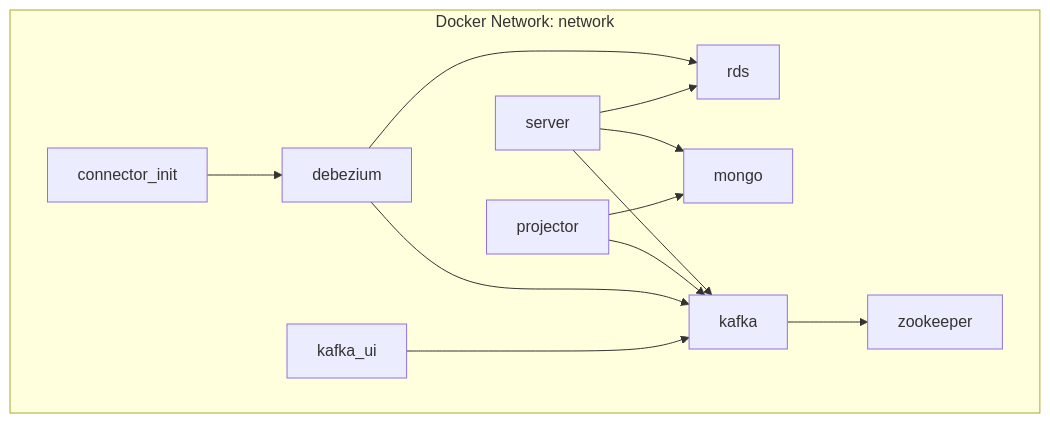
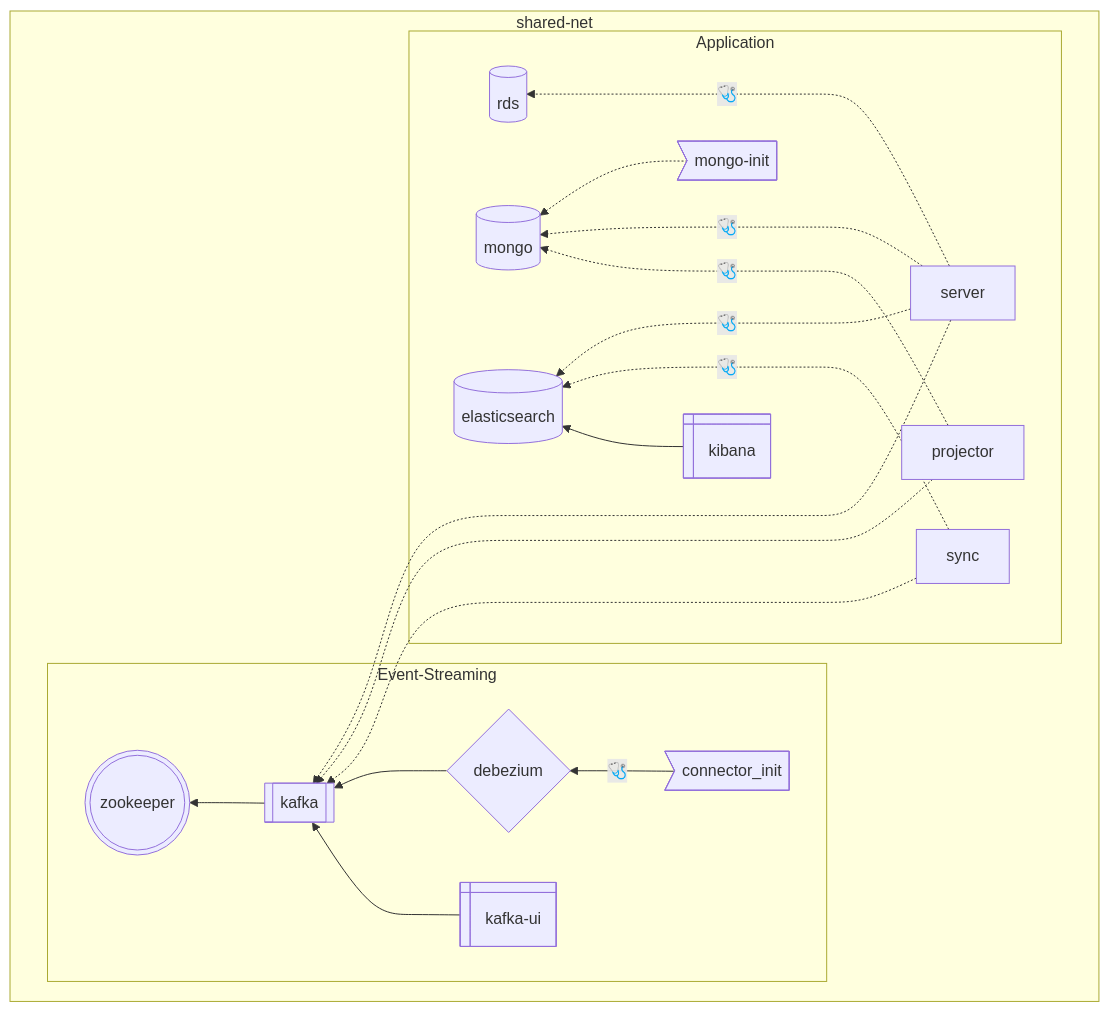
The third of 4 diagrams in README.md (NarciSource/Pre-Onboarding-Challenge-BE-31), drawn with Mermaid before and after one commit. The commit also changed other lines of this file, not shown here.

Commit message:
docs: Module Dependency Diagram 업데이트

````diff
--- a/README.md
+++ b/README.md
@@ -265,23 +264,40 @@
 ```mermaid
-graph TB
-  subgraph DockerNetwork["Docker Network: network"]
-    server
-    projector
-    rds
-    mongo
-    zookeeper
-    kafka
-    kafka_ui
-    debezium
-    connector_init
+graph
+  subgraph DockerNetwork["shared-net"]
+   direction RL
+
+   subgraph Event-Streaming
+    zookeeper@{ shape: dbl-circ }
+    kafka@{ shape: fr-rect }
+    kafka-ui@{ shape: win-pane }
+    debezium@{ shape: diamond }
+    connector_init@{ shape: odd }
+   end
+
+   subgraph Application
+    server@{ shape: rect }
+    projector@{ shape: rect }
+    sync@{ shape: rect }
+
+    rds@{ shape: cyl }
+    mongo@{ shape: cyl }
+    mongo-init@{ shape: odd }
+    elasticsearch@{ shape: cyl }
+    kibana@{ shape: win-pane }
+   end
   end
 
   %% depends_on 관계
-  connector_init --> debezium ---> rds
+  server -..->|🩺| rds
 
-  server --> rds & mongo & kafka
+  mongo-init -.-> mongo
+  server & projector -..->|🩺| mongo
 
-  projector --> mongo & kafka
+  server & sync -..->|🩺| elasticsearch
+  kibana --> elasticsearch
 
-  debezium & kafka_ui ---> kafka --> zookeeper
+  server & projector & sync -...-> kafka
+  connector_init -->|🩺| debezium --> kafka --> zookeeper
+
+  kafka-ui --> kafka
 ```
````
